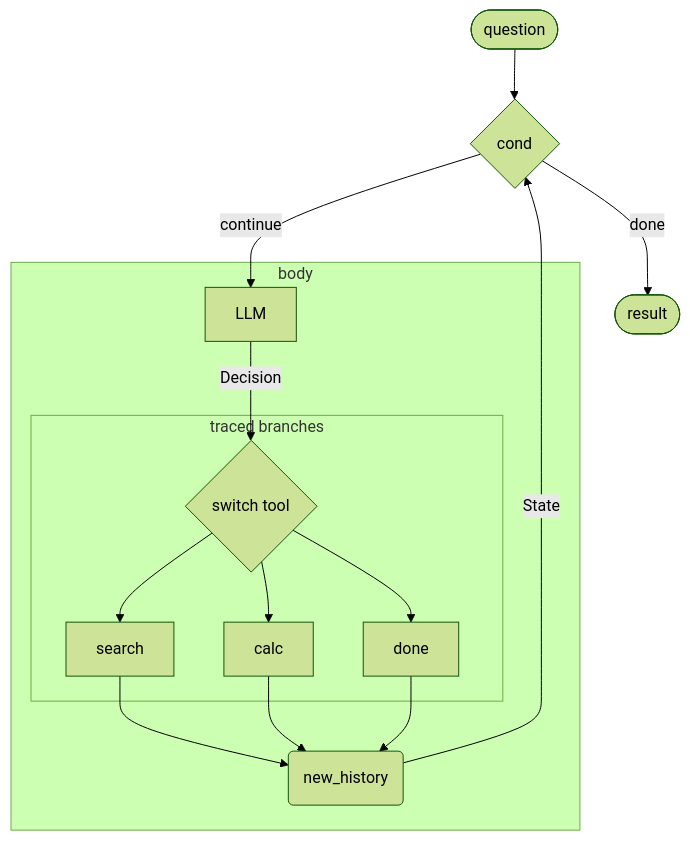
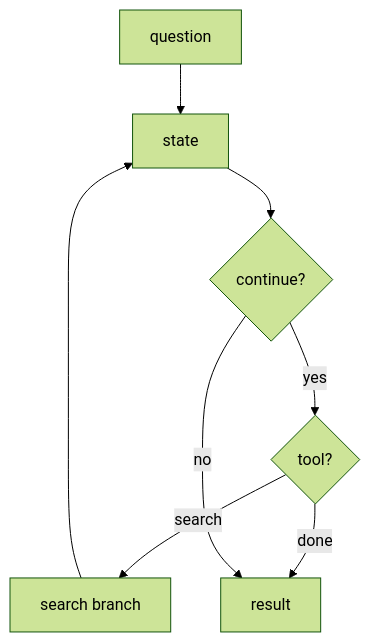
Before and after one commit to ASEM000/autoform: the second of 2 diagrams in README.md, drawn with Mermaid (forest theme). The commit also changed other lines of this file and 56 other files, not shown here.

````diff
--- a/README.md
+++ b/README.md
@@ -137,16 +188,10 @@
 ```mermaid
 flowchart TD
-    Q([question]) --> cond{cond}
-    cond -- continue --> LLM
-    cond -- done --> result([result])
-
-    subgraph body
-        LLM -- Decision --> SW{switch tool}
-        subgraph "traced branches"
-            SW --> search[search] & calc[calc] & dn[done]
-        end
-        search & calc & dn --> nh(new_history)
-    end
-
-    nh -- State --> cond
+    question["question"] --> state["state"]
+    state --> condition{"continue?"}
+    condition -- "yes" --> decision{"tool?"}
+    decision -- "search" --> tool["search branch"]
+    tool --> state
+    decision -- "done" --> result["result"]
+    condition -- "no" --> result
 ```
````
